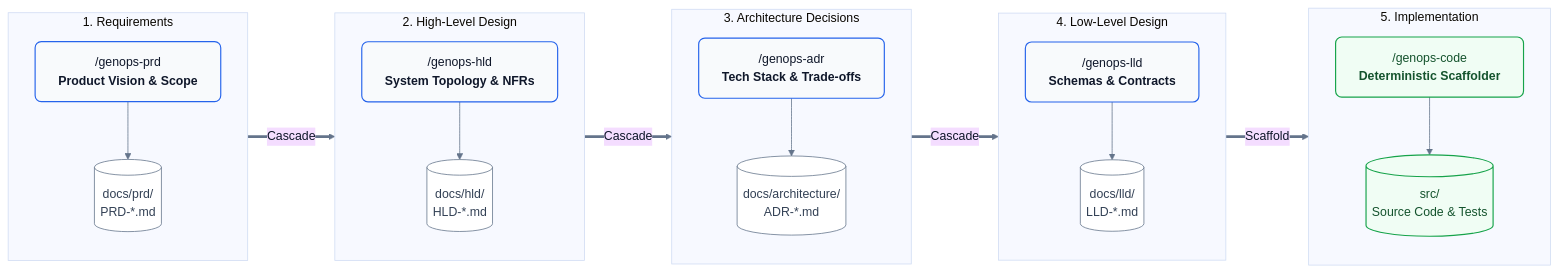
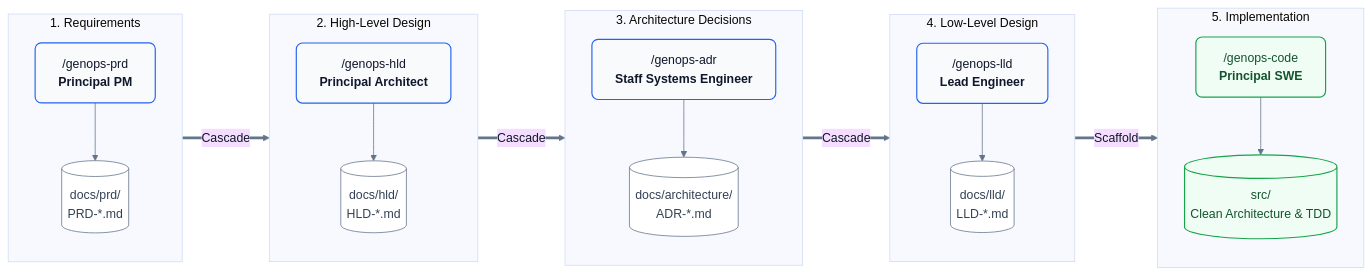
The first of 3 diagrams in README.md (seismael/GenOps), drawn with Mermaid before and after one commit. The commit also changed other lines of this file and 46 other files, not shown here.

Commit message:
feat: implement GenOps scaffolding system with multi-language templates, agentic skill definitions, and architectural workflow documentation

````diff
--- a/README.md
+++ b/README.md
@@ -7,51 +13,51 @@
 ```mermaid
 %%{init: {'theme': 'base', 'themeVariables': { 'fontFamily': 'Inter, system-ui, sans-serif', 'lineColor': '#64748b', 'primaryTextColor': '#0f172a' }}}%%
 flowchart LR
     subgraph P1 ["1. Requirements"]
         direction TB
-        CMD_PRD["/genops-prd<br/><b>Product Vision & Scope</b>"]
+        CMD_PRD["/genops-prd<br/><b>Principal PM</b>"]
         DOC_PRD[("docs/prd/<br/>PRD-*.md")]
         CMD_PRD --> DOC_PRD
     end
 
     subgraph P2 ["2. High-Level Design"]
         direction TB
-        CMD_HLD["/genops-hld<br/><b>System Topology & NFRs</b>"]
+        CMD_HLD["/genops-hld<br/><b>Principal Architect</b>"]
         DOC_HLD[("docs/hld/<br/>HLD-*.md")]
         CMD_HLD --> DOC_HLD
     end
 
     subgraph P3 ["3. Architecture Decisions"]
         direction TB
-        CMD_ADR["/genops-adr<br/><b>Tech Stack & Trade-offs</b>"]
+        CMD_ADR["/genops-adr<br/><b>Staff Systems Engineer</b>"]
         DOC_ADR[("docs/architecture/<br/>ADR-*.md")]
         CMD_ADR --> DOC_ADR
     end
 
     subgraph P4 ["4. Low-Level Design"]
         direction TB
-        CMD_LLD["/genops-lld<br/><b>Schemas & Contracts</b>"]
+        CMD_LLD["/genops-lld<br/><b>Lead Engineer</b>"]
         DOC_LLD[("docs/lld/<br/>LLD-*.md")]
         CMD_LLD --> DOC_LLD
     end
 
     subgraph P5 ["5. Implementation"]
         direction TB
-        CMD_CODE["/genops-code<br/><b>Deterministic Scaffolder</b>"]
-        OUT_SRC[("src/<br/>Source Code & Tests")]
+        CMD_CODE["/genops-code<br/><b>Principal SWE</b>"]
+        OUT_SRC[("src/<br/>Clean Architecture & TDD")]
         CMD_CODE --> OUT_SRC
     end
 
     DOC_PRD ==>|"Cascade"| CMD_HLD
     DOC_HLD ==>|"Cascade"| CMD_ADR
     DOC_ADR ==>|"Cascade"| CMD_LLD
     DOC_LLD ==>|"Scaffold"| CMD_CODE
 
     classDef stageNode fill:#f8fafc,stroke:#2563eb,stroke-width:1.5px,color:#0f172a,rx:8px,ry:8px;
     classDef docNode fill:#ffffff,stroke:#64748b,stroke-width:1px,color:#334155,rx:6px,ry:6px;
     classDef codeNode fill:#f0fdf4,stroke:#16a34a,stroke-width:1.5px,color:#14532d,rx:8px,ry:8px;
     
     class CMD_PRD,CMD_HLD,CMD_ADR,CMD_LLD stageNode;
     class DOC_PRD,DOC_HLD,DOC_ADR,DOC_LLD docNode;
     class CMD_CODE,OUT_SRC codeNode;
 ```
````
